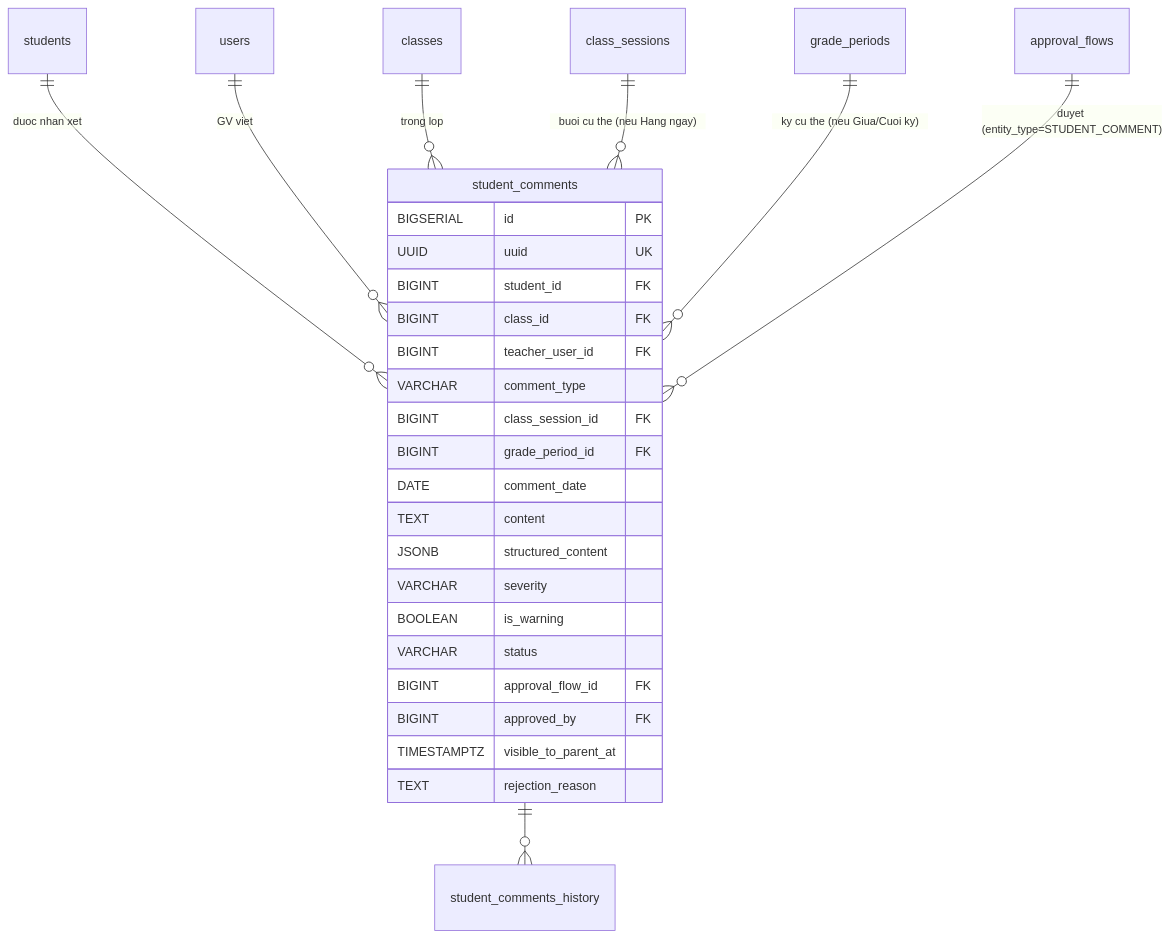
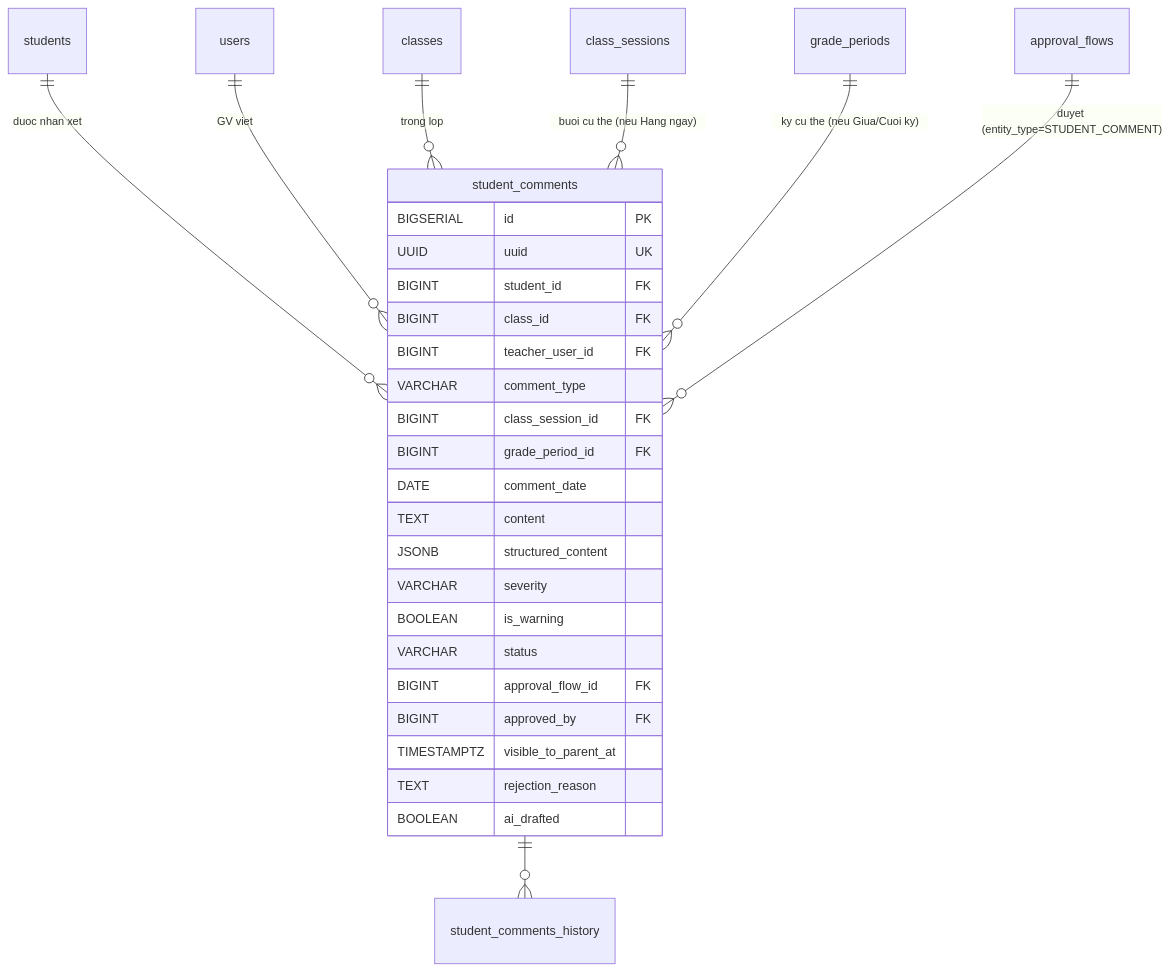
One commit to langtuananh2424/pps-education changed the diagram in docs/diagrams/erd/ERD-Nhom5D-NhanXet.mmd. Above: the diagram before and after it, drawn with Mermaid. The commit also changed 18 other files, not shown here.

```diff
--- a/docs/diagrams/erd/ERD-Nhom5D-NhanXet.mmd
+++ b/docs/diagrams/erd/ERD-Nhom5D-NhanXet.mmd
@@ -1,30 +1,31 @@
 erDiagram
     students ||--o{ student_comments : "duoc nhan xet"
     users ||--o{ student_comments : "GV viet"
     classes ||--o{ student_comments : "trong lop"
     class_sessions ||--o{ student_comments : "buoi cu the (neu Hang ngay)"
     grade_periods ||--o{ student_comments : "ky cu the (neu Giua/Cuoi ky)"
 
     student_comments ||--o{ student_comments_history : ""
     approval_flows ||--o{ student_comments : "duyet (entity_type=STUDENT_COMMENT)"
 
     student_comments {
         BIGSERIAL id PK
         UUID uuid UK
         BIGINT student_id FK
         BIGINT class_id FK
         BIGINT teacher_user_id FK
         VARCHAR comment_type
         BIGINT class_session_id FK
         BIGINT grade_period_id FK
         DATE comment_date
         TEXT content
         JSONB structured_content
         VARCHAR severity
         BOOLEAN is_warning
         VARCHAR status
         BIGINT approval_flow_id FK
         BIGINT approved_by FK
         TIMESTAMPTZ visible_to_parent_at
         TEXT rejection_reason
+        BOOLEAN ai_drafted
     }
```
